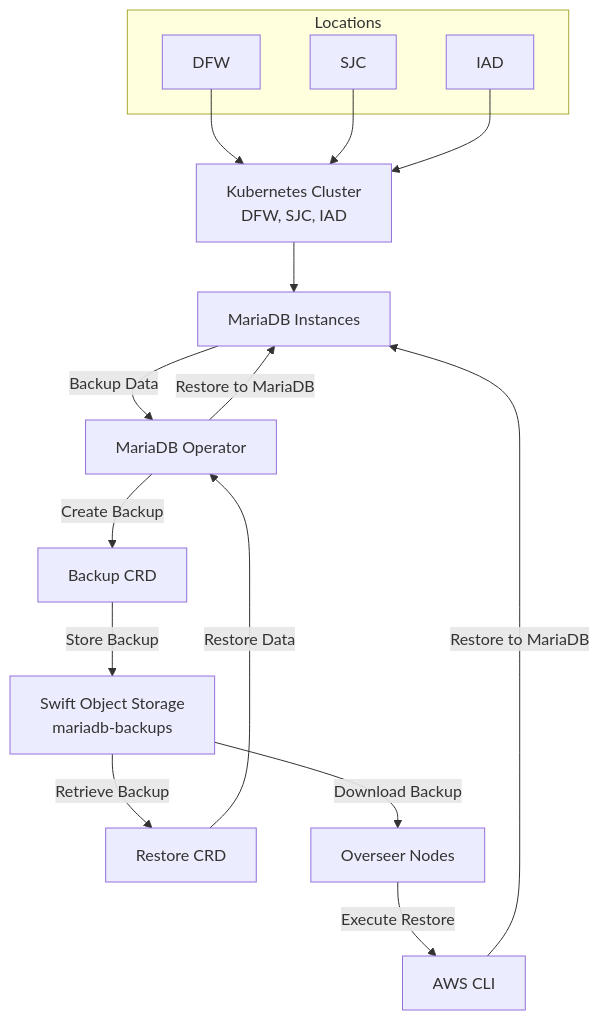
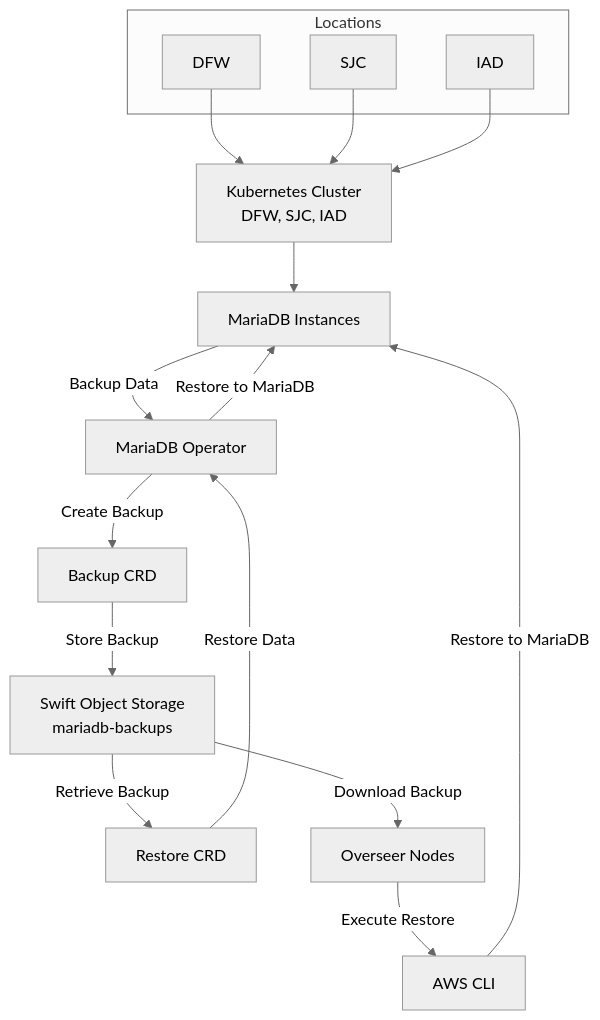
Before and after one commit to OpenStackKen/genestack: the diagram in docs/content/operational-guide/data-services/mariadb-backuprestore-from-tempauth.md, drawn with Mermaid. The commit also changed 4 other files, not shown here.

Commit message:
Mermaid normalization changes

````diff
--- a/docs/content/operational-guide/data-services/mariadb-backuprestore-from-tempauth.md
+++ b/docs/content/operational-guide/data-services/mariadb-backuprestore-from-tempauth.md
@@ -20,24 +20,30 @@
 ```mermaid
+---
+config:
+  theme: neutral
+  flowchart:
+    curve: basis
+---
 graph TD
 
     subgraph Locations
         I[DFW]
         J[SJC]
         K[IAD]
     end
 
     A["Kubernetes Cluster<br>DFW, SJC, IAD"] --> B[MariaDB Instances]
     B -->|Backup Data| C[MariaDB Operator]
     C -->|Create Backup| D[Backup CRD]
     D -->|Store Backup| E["Swift Object Storage<br>mariadb-backups"]
     E -->|Retrieve Backup| F[Restore CRD]
     F -->|Restore Data| C
     C -->|Restore to MariaDB| B
     E -->|Download Backup| G[Overseer Nodes]
     G -->|Execute Restore| H[AWS CLI]
     H -->|Restore to MariaDB| B
 
     I --> A
     J --> A
     K --> A
 ```
````
